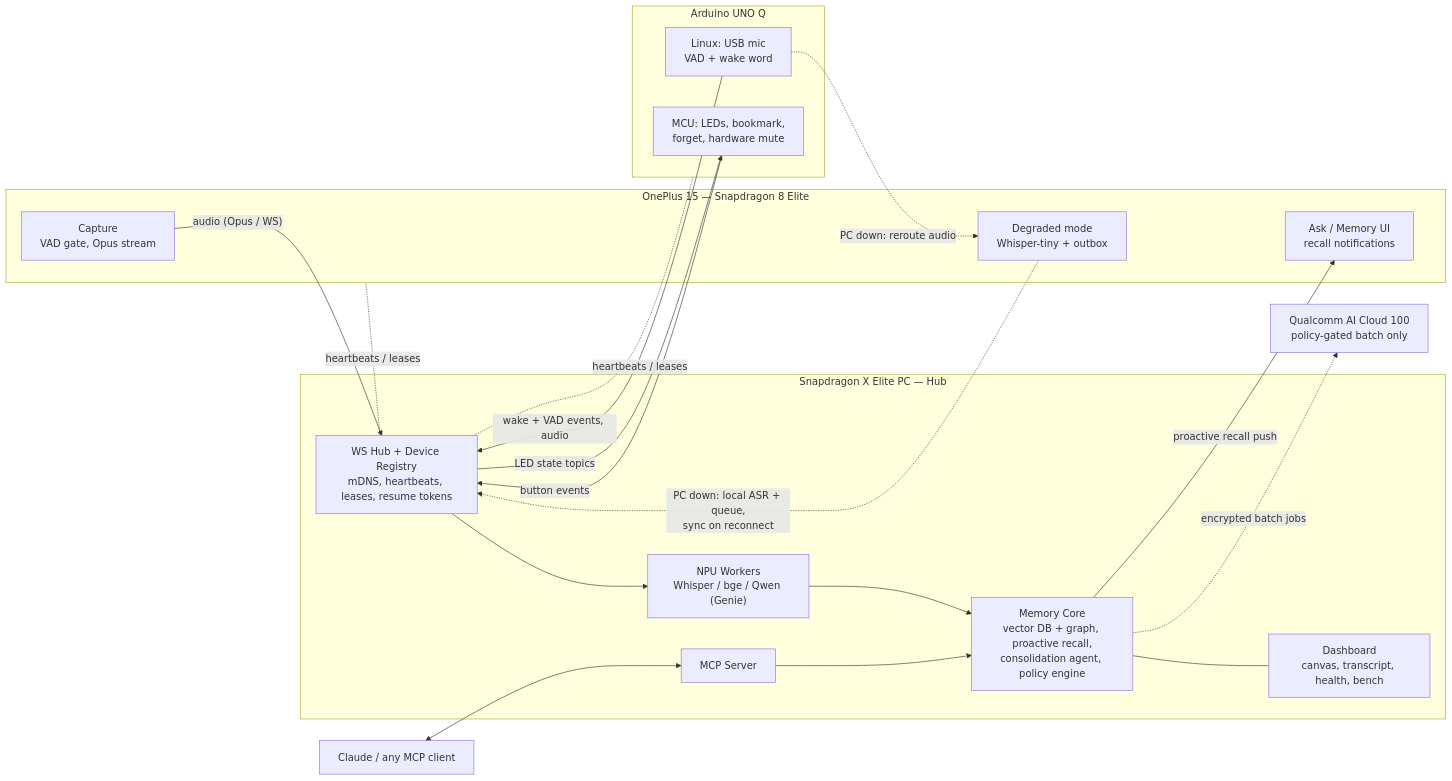
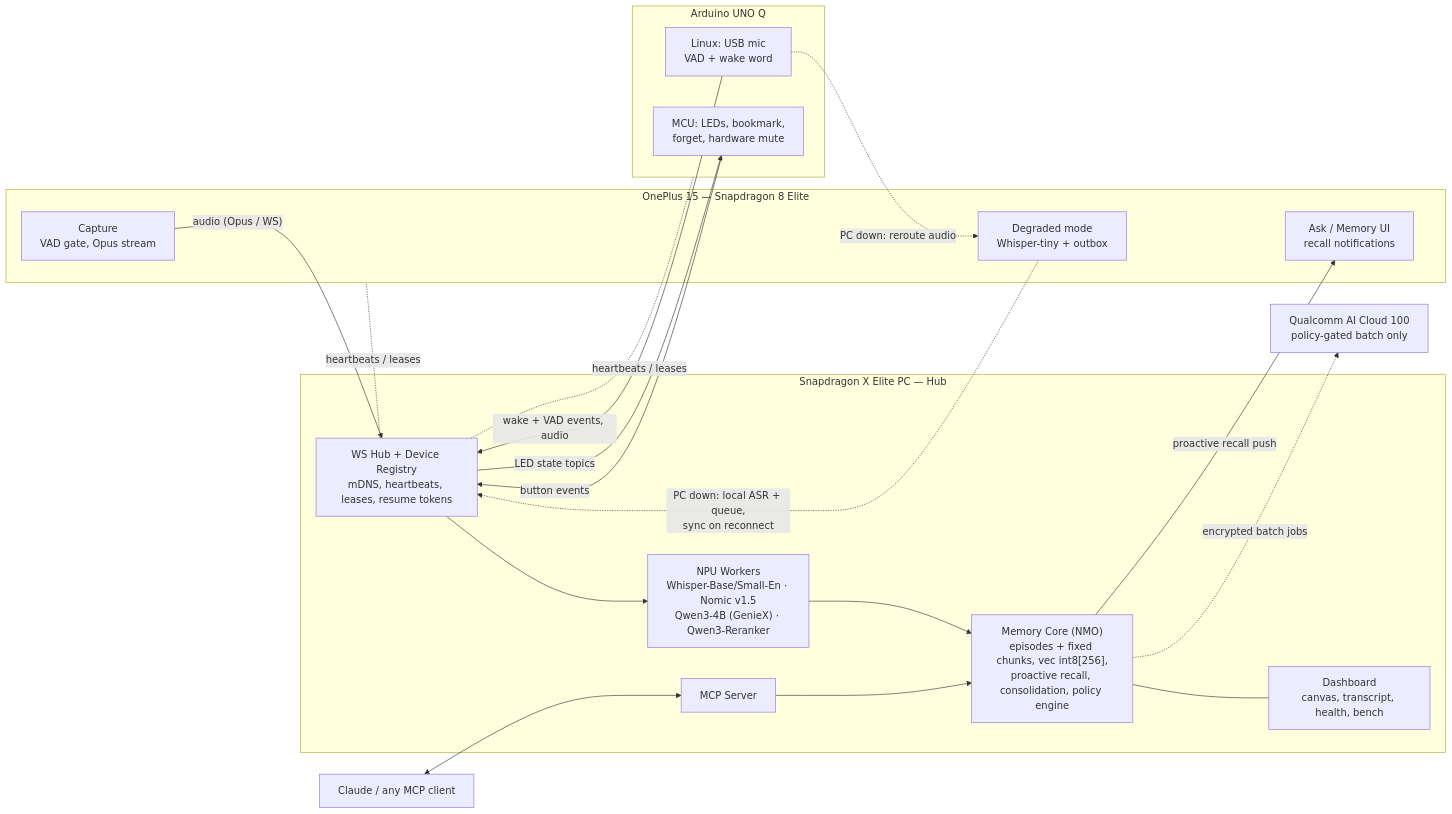
Before and after one commit to SUMExXx/Recall: the first of 4 diagrams in docs/system_architectures_v1.md, drawn with Mermaid. The commit also changed other lines of this file and 47 other files, not shown here.

Commit message:
Feat: pc hub complete architecture - for both gpu & npu via flag - added okf, reverse indexing, retrieval methods

````diff
--- a/docs/system_architectures_v1.md
+++ b/docs/system_architectures_v1.md
@@ -5,41 +10,41 @@
 ```mermaid
 flowchart LR
     subgraph PHONE["OnePlus 15 — Snapdragon 8 Elite"]
         P1["Capture<br/>VAD gate, Opus stream"]
         P2["Ask / Memory UI<br/>recall notifications"]
         P3["Degraded mode<br/>Whisper-tiny + outbox"]
     end
 
     subgraph UNOQ["Arduino UNO Q"]
         A1["Linux: USB mic<br/>VAD + wake word"]
         A2["MCU: LEDs, bookmark,<br/>forget, hardware mute"]
     end
 
     subgraph PCC["Snapdragon X Elite PC — Hub"]
         C1["WS Hub + Device Registry<br/>mDNS, heartbeats, leases, resume tokens"]
-        C2["NPU Workers<br/>Whisper / bge / Qwen (Genie)"]
-        C3["Memory Core<br/>vector DB + graph, proactive recall,<br/>consolidation agent, policy engine"]
+        C2["NPU Workers<br/>Whisper-Base/Small-En · Nomic v1.5<br/>Qwen3-4B (GenieX) · Qwen3-Reranker"]
+        C3["Memory Core (NMO)<br/>episodes + fixed chunks, vec int8[256],<br/>proactive recall, consolidation, policy engine"]
         C4["MCP Server"]
         C5["Dashboard<br/>canvas, transcript, health, bench"]
     end
 
     MCPC["Claude / any MCP client"]
     CLOUD["Qualcomm AI Cloud 100<br/>policy-gated batch only"]
 
     P1 -- "audio (Opus / WS)" --> C1
     A1 -- "wake + VAD events, audio" --> C1
     A2 -- "button events" --> C1
     C1 --> C2
     C2 --> C3
     C3 -- "proactive recall push" --> P2
     C1 -- "LED state topics" --> A2
     C3 --- C5
     MCPC <--> C4
     C4 --> C3
     C3 -. "encrypted batch jobs" .-> CLOUD
 
     P3 -. "PC down: local ASR + queue,<br/>sync on reconnect" .-> C1
     A1 -. "PC down: reroute audio" .-> P3
     C1 -. "heartbeats / leases" .- PHONE
     C1 -. "heartbeats / leases" .- UNOQ
 ```
````
